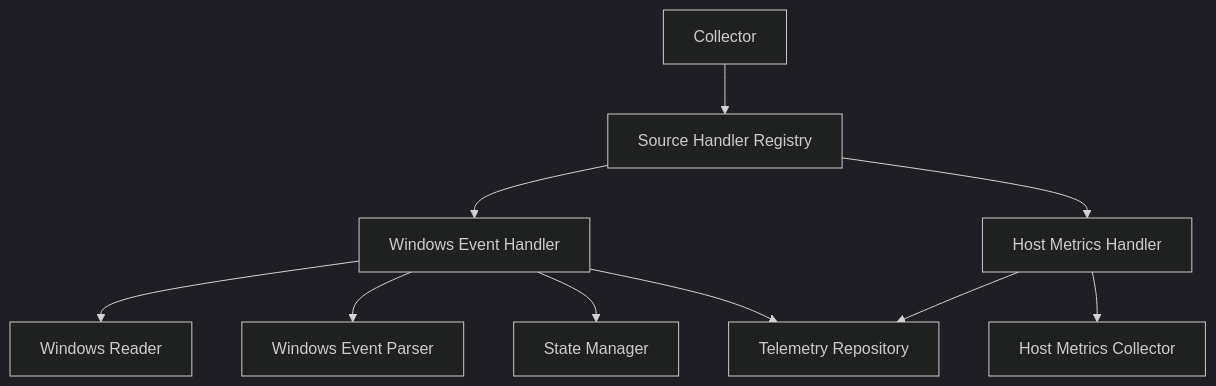
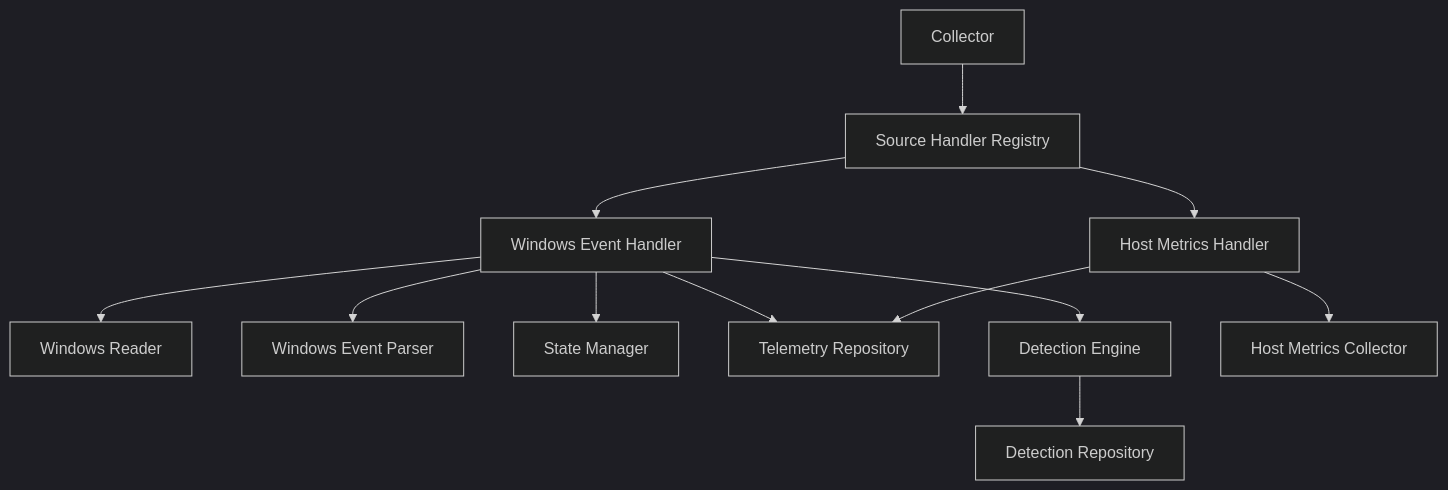
One commit to Hilliam1/Telemetry-Platform changed the second of 23 diagrams in docs/01_System_Architecture.md. Above: the diagram before and after it, drawn with Mermaid (dark theme). The commit also changed other lines of this file and 19 other files, not shown here.

````diff
--- a/docs/01_System_Architecture.md
+++ b/docs/01_System_Architecture.md
@@ -141,12 +141,14 @@
 ```mermaid
 flowchart TD
  A[Collector] --> B[Source Handler Registry]
  B --> C[Windows Event Handler]
  B --> D[Host Metrics Handler]
  C --> E[Windows Reader]
  C --> F[Windows Event Parser]
  C --> G[State Manager]
  C --> H[Telemetry Repository]
+ C --> J[Detection Engine]
+ J --> K[Detection Repository]
  D --> I[Host Metrics Collector]
  D --> H
 ```
````
